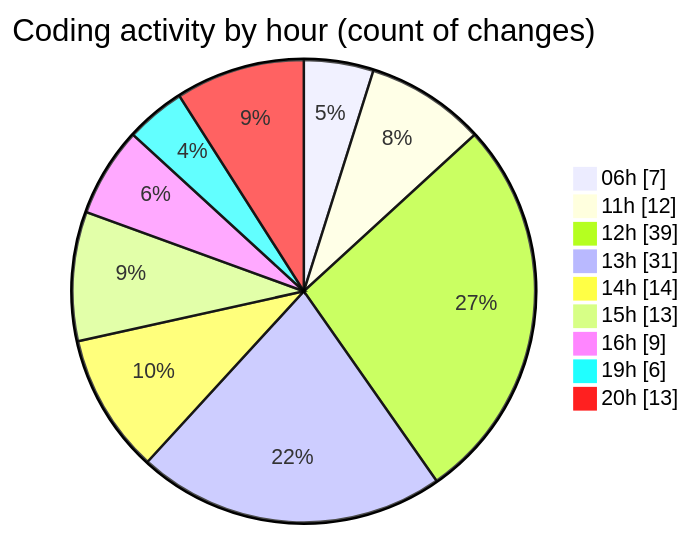
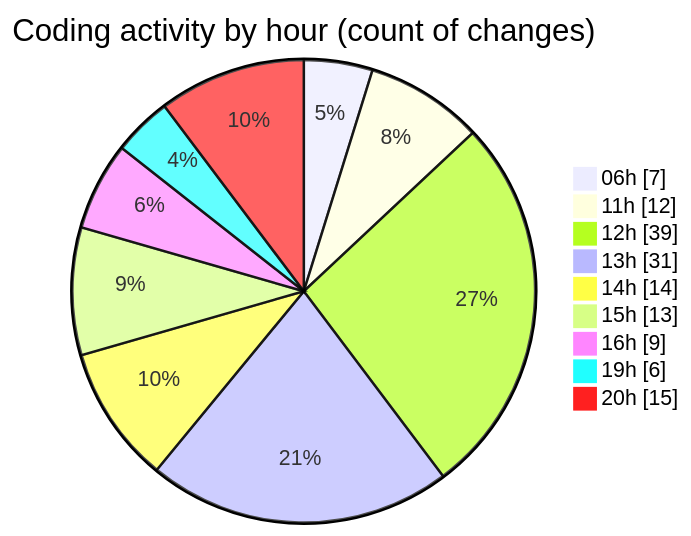
The second of 2 diagrams in 2025-07-14/ribbon/README.md (EIIisD/code-tracking), drawn with Mermaid before and after one commit. The commit also changed other lines of this file and 1 other file, not shown here.

````diff
--- a/2025-07-14/ribbon/README.md
+++ b/2025-07-14/ribbon/README.md
@@ -70,13 +70,13 @@
 ```mermaid
 pie showData
 title Coding activity by hour (count of changes)
 "06h" : 7
 "11h" : 12
 "12h" : 39
 "13h" : 31
 "14h" : 14
 "15h" : 13
 "16h" : 9
 "19h" : 6
-"20h" : 13
+"20h" : 15
 ```
````
